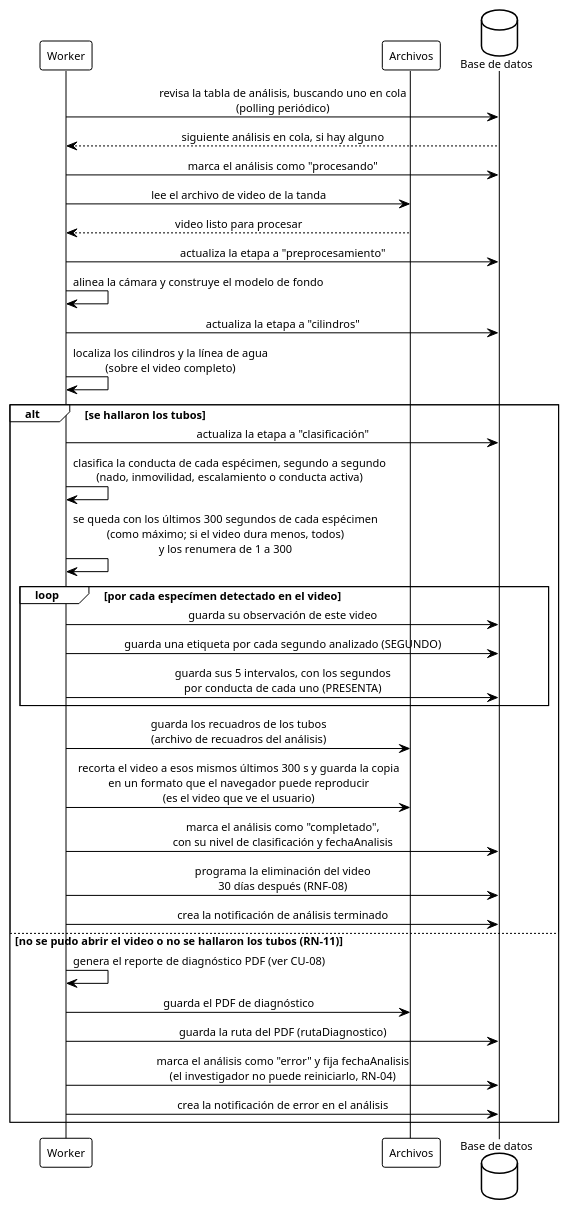
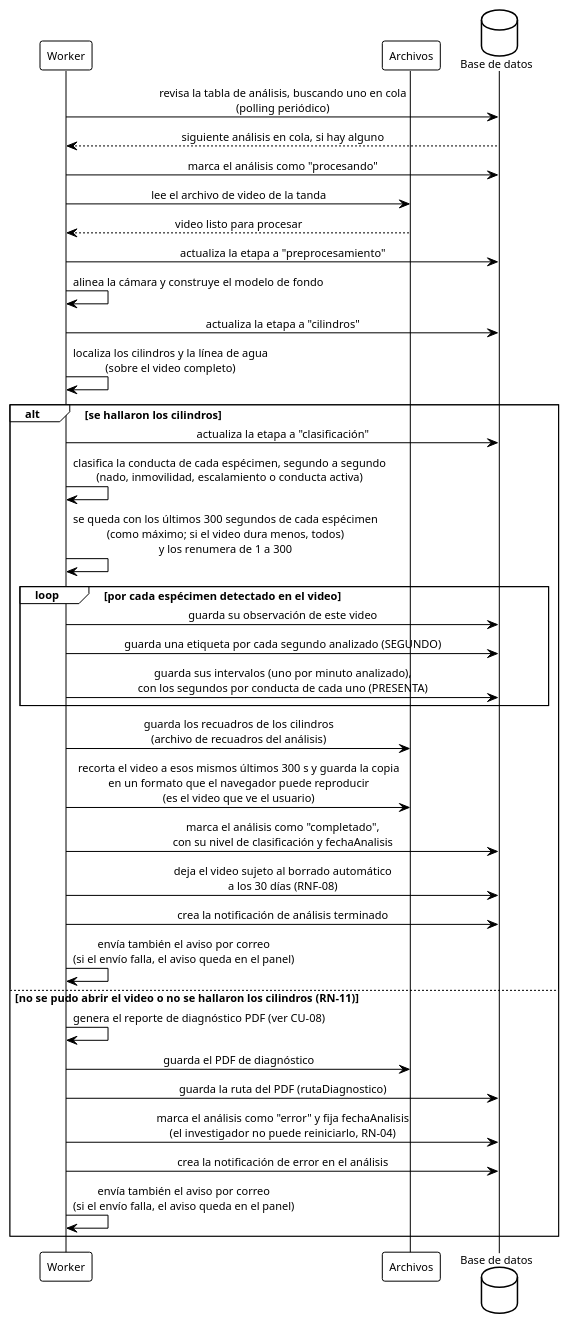
Before and after one commit to ErickJester/fst-ai-system-latex: the diagram in diagramas/seq_analisis_automatico.puml, drawn with PlantUML. The commit also changed 25 other files, not shown here.

```diff
--- a/diagramas/seq_analisis_automatico.puml
+++ b/diagramas/seq_analisis_automatico.puml
@@ -1,102 +1,104 @@
 @startuml seq_analisis_automatico
 ' ================================================================
 '  Secuencia - Analisis automatico (ejecucion del pipeline por el Worker)
 '  Base de datos FST | TT 2026-B066 | ESCOM-IPN
 '  Frausto Robles Angel Ali . Rodriguez Verdin Sandoval Vanesa
 ' ----------------------------------------------------------------
 '  Reemplaza a figures/mermaid/seq_analisis.png. Cubre el curso normal
 '  de CU-07 "Monitorear progreso del analisis" (chapters/05_diseno.tex:
 '  1425-1468), la parte que ejecuta el Worker -- no la pantalla de
 '  progreso ni el reporte de diagnostico, que siguen siendo diagramas
 '  aparte (seq_progreso, seq_error) y quedan pendientes por decision
 '  explicita del usuario (13-sep): no fusionar los tres en uno solo.
 '
 '  Que cambia respecto del diagrama viejo, con fuente:
 '  - Participante "Pipeline IA" eliminado. El pipeline no es un
 '    componente aparte, es el propio Worker ejecutando sus tres
 '    etapas (CU-07, paso 2: "el Worker ejecuta el pipeline completo").
 '    Ademas evita el termino prohibido "IA" (CLAUDE.md, terminologia):
 '    las etapas de preprocesamiento/cilindros son vision por computadora,
 '    la de clasificacion es aprendizaje supervisado.
 '  - "Rastrea a los animales" -> "rastrea a los especimenes"
 '    (terminologia obligatoria, CLAUDE.md).
 '  - "Detecta las zonas de interes" -> "detecta los cilindros", igual
 '    a como lo nombra CU-07 paso 4, y agrega el umbral de confianza
 '    0.70 de RN-11 -- el diagrama viejo no tenia el curso alterno de
 '    error (CU-07, alterno del paso 4): confianza < 0.70 detiene el
 '    pipeline, marca el analisis en estado "error" (D-15) y genera el
 '    reporte de diagnostico (CU-08). El investigador no puede
 '    reiniciar el analisis (RN-04) -- por eso el pipeline no reintenta,
 '    solo se detiene.
 '  - "Guarda los resultados por animal" (un paso plano) -> se abre en
 '    la jerarquia real del modelo: por cada especimen, una OBSERVACION
 '    de este video, con sus 5 INTERVALO y los segundos por conducta en
 '    cada uno (PRESENTA) -- nada de esto se guarda como total, los
 '    totales se derivan en consulta (ver seq_consulta_resultados.puml).
 '  - Se agrega el registro del nivel de clasificacion (D-17, 13-sep):
 '    el Worker etiqueta el analisis como "preciso" o "agrupado" segun
 '    la capacidad del modelo activo (RN-13, F1 >= 85% por conducta) --
 '    esto no se calcula por video, es una propiedad conocida del
 '    modelo/configuracion en uso (idConfig), no una decision en vivo.
 '  - Los nombres de etapa vienen de D-16, revisado el 5-oct: preproce-
 '    samiento, cilindros, clasificacion. La etapa de seguimiento se
 '    quito porque el pipeline real no usa tracker (un especimen por
 '    cilindro).
 '  - Se agrega la eliminacion programada del video (RNF-08, 30 dias
 '    tras terminar el analisis) -- ya estaba en el diagrama viejo, se
 '    conserva igual porque sigue vigente.
 '
 '  Generar:
 '      java -jar plantuml.jar -tpng diagramas/seq_analisis_automatico.puml
 ' ================================================================
 
 !theme plain
 skinparam defaultFontName Arial
 skinparam defaultFontSize 11
 skinparam shadowing false
 skinparam sequenceMessageAlign center
 skinparam BoxPadding 10
 
 participant Worker as w
 participant "Archivos" as fs
 database "Base de datos" as db
 
 w -> db: revisa la tabla de análisis, buscando uno en cola\n(polling periódico)
 db --> w: siguiente análisis en cola, si hay alguno
 w -> db: marca el análisis como "procesando"
 
 w -> fs: lee el archivo de video de la tanda
 fs --> w: video listo para procesar
 
 w -> db: actualiza la etapa a "preprocesamiento"
 w -> w: alinea la cámara y construye el modelo de fondo
 
 w -> db: actualiza la etapa a "cilindros"
 w -> w: localiza los cilindros y la línea de agua\n(sobre el video completo)
 
-alt se hallaron los tubos
+alt se hallaron los cilindros
   w -> db: actualiza la etapa a "clasificación"
   w -> w: clasifica la conducta de cada espécimen, segundo a segundo\n(nado, inmovilidad, escalamiento o conducta activa)
   w -> w: se queda con los últimos 300 segundos de cada espécimen\n(como máximo; si el video dura menos, todos)\ny los renumera de 1 a 300
 
-  loop por cada especímen detectado en el video
+  loop por cada espécimen detectado en el video
     w -> db: guarda su observación de este video
     w -> db: guarda una etiqueta por cada segundo analizado (SEGUNDO)
-    w -> db: guarda sus 5 intervalos, con los segundos\npor conducta de cada uno (PRESENTA)
+    w -> db: guarda sus intervalos (uno por minuto analizado),\ncon los segundos por conducta de cada uno (PRESENTA)
   end
 
-  w -> fs: guarda los recuadros de los tubos\n(archivo de recuadros del análisis)
+  w -> fs: guarda los recuadros de los cilindros\n(archivo de recuadros del análisis)
   w -> fs: recorta el video a esos mismos últimos 300 s y guarda la copia\nen un formato que el navegador puede reproducir\n(es el video que ve el usuario)
 
   w -> db: marca el análisis como "completado",\ncon su nivel de clasificación y fechaAnalisis
-  w -> db: programa la eliminación del video\n30 días después (RNF-08)
+  w -> db: deja el video sujeto al borrado automático\na los 30 días (RNF-08)
   w -> db: crea la notificación de análisis terminado
-else no se pudo abrir el video o no se hallaron los tubos (RN-11)
+  w -> w: envía también el aviso por correo\n(si el envío falla, el aviso queda en el panel)
+else no se pudo abrir el video o no se hallaron los cilindros (RN-11)
   w -> w: genera el reporte de diagnóstico PDF (ver CU-08)
   w -> fs: guarda el PDF de diagnóstico
   w -> db: guarda la ruta del PDF (rutaDiagnostico)
   w -> db: marca el análisis como "error" y fija fechaAnalisis\n(el investigador no puede reiniciarlo, RN-04)
   w -> db: crea la notificación de error en el análisis
+  w -> w: envía también el aviso por correo\n(si el envío falla, el aviso queda en el panel)
 end
 
 @enduml
```
